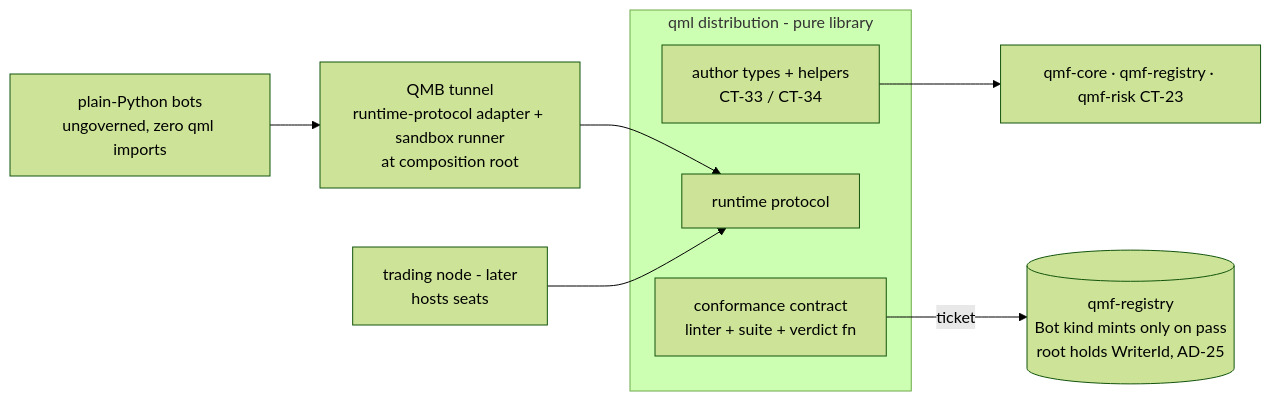
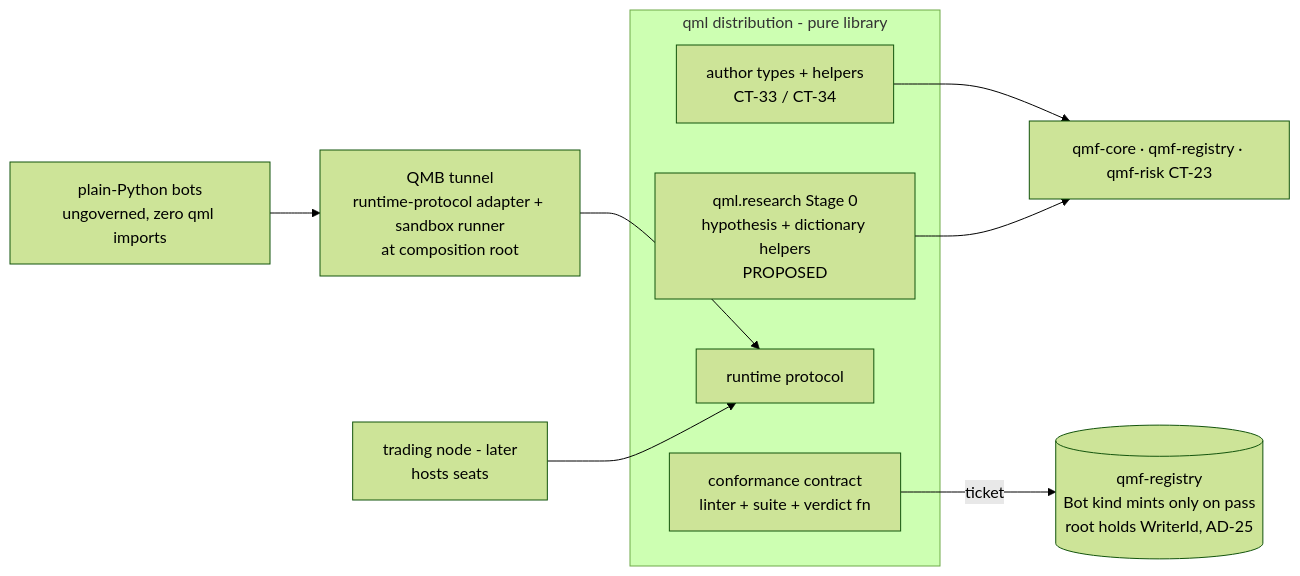
One commit to MubarakHimself/QMX changed the second of 2 diagrams in docs/components/qml.md. Above: the diagram before and after it, drawn with Mermaid (forest theme). The commit also changed other lines of this file and 166 other files, not shown here.

Commit message:
docs: CONNECT, workbench, and QML research planning plus corpus absorption.

````diff
--- a/docs/components/qml.md
+++ b/docs/components/qml.md
@@ -149,13 +152,15 @@
 ```mermaid
 graph LR
   subgraph qml [qml distribution - pure library]
     TYPES[author types + helpers<br/>CT-33 / CT-34]
+    RESEARCH[qml.research Stage 0<br/>hypothesis + dictionary helpers<br/>PROPOSED]
     PROTO[runtime protocol]
     GATE[conformance contract<br/>linter + suite + verdict fn]
   end
   QMB[QMB tunnel<br/>runtime-protocol adapter + sandbox runner<br/>at composition root] --> PROTO
   NODE[trading node - later<br/>hosts seats] --> PROTO
   PLAIN[plain-Python bots<br/>ungoverned, zero qml imports] --> QMB
   GATE -- ticket --> REG[(qmf-registry<br/>Bot kind mints only on pass<br/>root holds WriterId, AD-25)]
   TYPES --> CORE[qmf-core · qmf-registry · qmf-risk CT-23]
+  RESEARCH --> CORE
 ```
````
